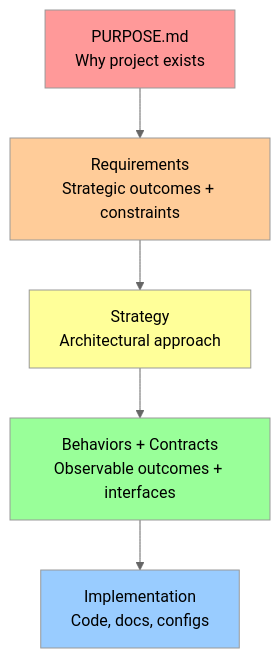
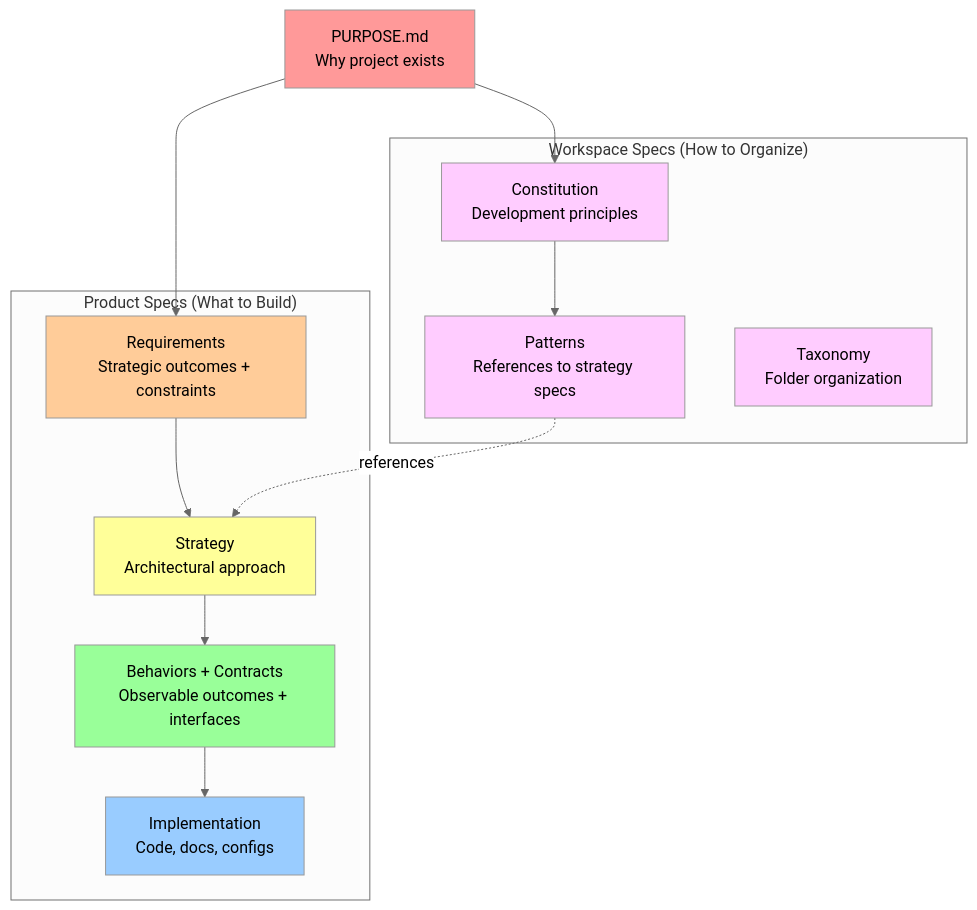
One commit to chrs-myrs/livespec changed the first of 3 diagrams in dist/guides/spec-decision-framework.md. Above: the diagram before and after it, drawn with Mermaid (neutral theme). The commit also changed other lines of this file and 14 other files, not shown here.

````diff
--- a/dist/guides/spec-decision-framework.md
+++ b/dist/guides/spec-decision-framework.md
@@ -13,19 +15,35 @@
 ```mermaid
 graph TD
     PURPOSE[PURPOSE.md<br/>Why project exists]
-    REQ[Requirements<br/>Strategic outcomes + constraints]
-    STRAT[Strategy<br/>Architectural approach]
-    BEH[Behaviors + Contracts<br/>Observable outcomes + interfaces]
-    IMPL[Implementation<br/>Code, docs, configs]
+
+    subgraph Product ["Product Specs (What to Build)"]
+        REQ[Requirements<br/>Strategic outcomes + constraints]
+        STRAT[Strategy<br/>Architectural approach]
+        BEH[Behaviors + Contracts<br/>Observable outcomes + interfaces]
+        IMPL[Implementation<br/>Code, docs, configs]
+    end
+
+    subgraph Workspace ["Workspace Specs (How to Organize)"]
+        CONST[Constitution<br/>Development principles]
+        PATTERNS[Patterns<br/>References to strategy specs]
+        TAXONOMY[Taxonomy<br/>Folder organization]
+    end
 
     PURPOSE --> REQ
+    PURPOSE --> CONST
     REQ --> STRAT
+    CONST --> PATTERNS
     STRAT --> BEH
     BEH --> IMPL
+
+    PATTERNS -.references.-> STRAT
 
     style PURPOSE fill:#ff9999
     style REQ fill:#ffcc99
     style STRAT fill:#ffff99
     style BEH fill:#99ff99
     style IMPL fill:#99ccff
+    style CONST fill:#ffccff
+    style PATTERNS fill:#ffccff
+    style TAXONOMY fill:#ffccff
 ```
````
